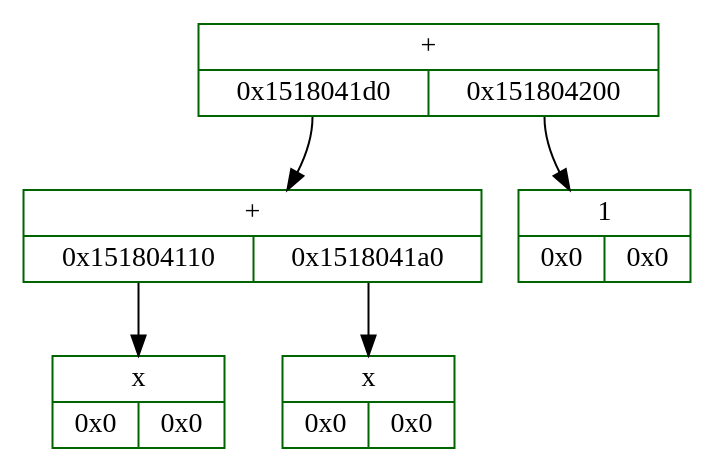
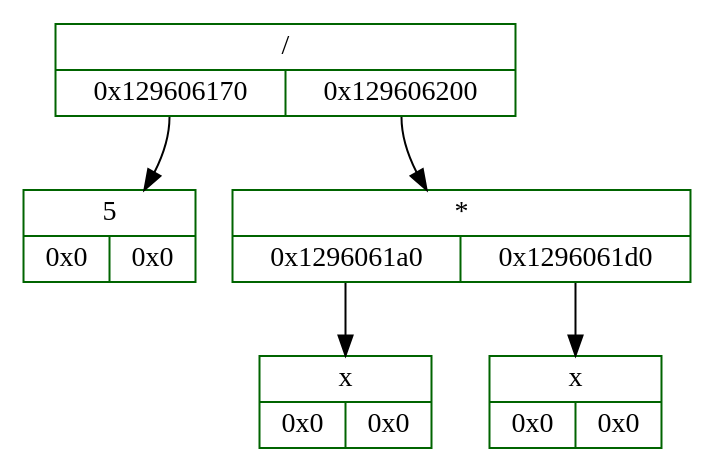
One commit to whiterno/differentiator changed the diagram in log/dump.dot. Above: the diagram before and after it, drawn with Graphviz. The commit also changed 22 other files, not shown here.

```diff
--- a/log/dump.dot
+++ b/log/dump.dot
@@ -1,13 +1,13 @@
 digraph D{
 	rankdir = TB
 
-	node_5662327344 [color = "darkgreen", style = "filled", shape = "record", fillcolor = "white", label = "{ +  | {<fl5662327344> 0x1518041d0 | <fr5662327344> 0x151804200}}"]
-	node_5662327344: <fl5662327344> -> node_5662327248 [color = "black", arrowhead = "normal", label = ""]
-	node_5662327248 [color = "darkgreen", style = "filled", shape = "record", fillcolor = "white", label = "{ +  | {<fl5662327248> 0x151804110 | <fr5662327248> 0x1518041a0}}"]
-	node_5662327248: <fl5662327248> -> node_5662327056 [color = "black", arrowhead = "normal", label = ""]
-	node_5662327056 [color = "darkgreen", style = "filled", shape = "record", fillcolor = "white", label = "{x  | {<fl5662327056> 0x0 | <fr5662327056> 0x0}}"]
-	node_5662327248: <fr5662327248> -> node_5662327200 [color = "black", arrowhead = "normal", label = ""]
-	node_5662327200 [color = "darkgreen", style = "filled", shape = "record", fillcolor = "white", label = "{x  | {<fl5662327200> 0x0 | <fr5662327200> 0x0}}"]
-	node_5662327344: <fr5662327344> -> node_5662327296 [color = "black", arrowhead = "normal", label = ""]
-	node_5662327296 [color = "darkgreen", style = "filled", shape = "record", fillcolor = "white", label = "{1  | {<fl5662327296> 0x0 | <fr5662327296> 0x0}}"]
+	node_4989149792 [color = "darkgreen", style = "filled", shape = "record", fillcolor = "white", label = "{ /  | {<fl4989149792> 0x129606170 | <fr4989149792> 0x129606200}}"]
+	node_4989149792: <fl4989149792> -> node_4989149552 [color = "black", arrowhead = "normal", label = ""]
+	node_4989149552 [color = "darkgreen", style = "filled", shape = "record", fillcolor = "white", label = "{5  | {<fl4989149552> 0x0 | <fr4989149552> 0x0}}"]
+	node_4989149792: <fr4989149792> -> node_4989149696 [color = "black", arrowhead = "normal", label = ""]
+	node_4989149696 [color = "darkgreen", style = "filled", shape = "record", fillcolor = "white", label = "{ *  | {<fl4989149696> 0x1296061a0 | <fr4989149696> 0x1296061d0}}"]
+	node_4989149696: <fl4989149696> -> node_4989149600 [color = "black", arrowhead = "normal", label = ""]
+	node_4989149600 [color = "darkgreen", style = "filled", shape = "record", fillcolor = "white", label = "{x  | {<fl4989149600> 0x0 | <fr4989149600> 0x0}}"]
+	node_4989149696: <fr4989149696> -> node_4989149648 [color = "black", arrowhead = "normal", label = ""]
+	node_4989149648 [color = "darkgreen", style = "filled", shape = "record", fillcolor = "white", label = "{x  | {<fl4989149648> 0x0 | <fr4989149648> 0x0}}"]
 }
```
